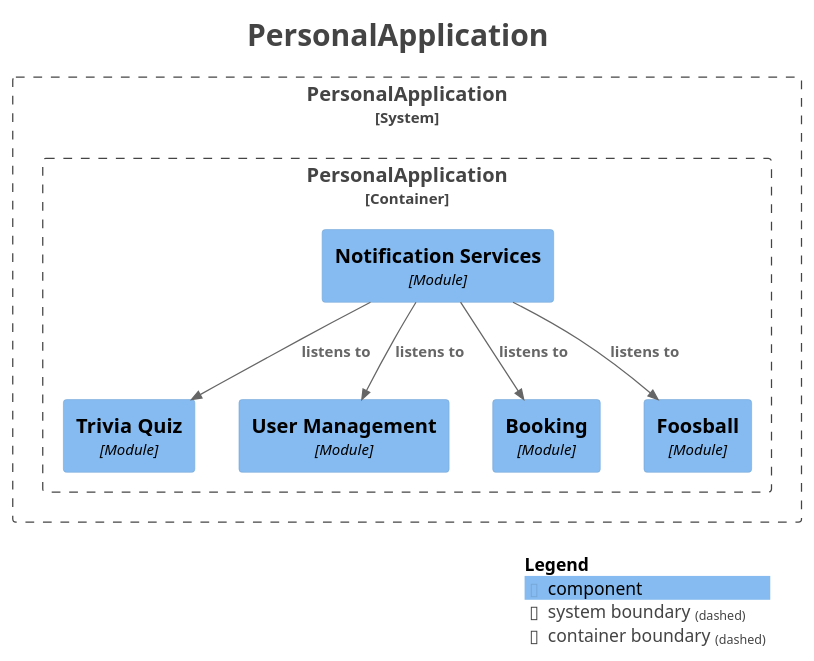
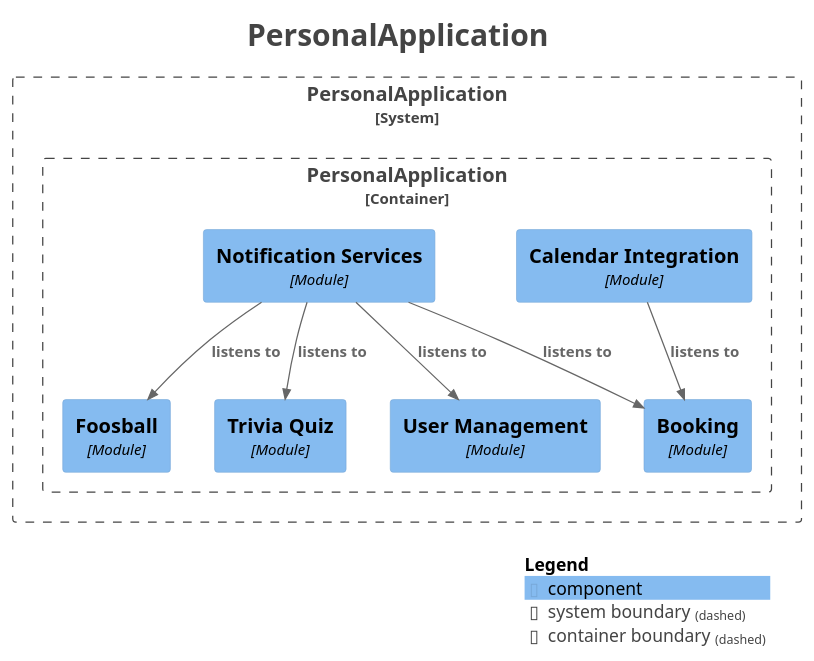
One commit to SnapPetal/PersonalWeb changed the diagram in docs/modulith/components.puml. Above: the diagram before and after it, drawn with PlantUML. The commit also changed 31 other files, not shown here.

First line of the commit message:
feat: add SES email notifications, Nextcloud CalDAV calendar integration, and calendar sync

```diff
--- a/docs/modulith/components.puml
+++ b/docs/modulith/components.puml
@@ -1,36 +1,38 @@
 @startuml
 title <size:24>PersonalApplication</size>
 
 set separator none
 top to bottom direction
 
 <style>
   root {
     BackgroundColor: #ffffff
     FontColor: #444444
   }
 </style>
 
 !include <C4/C4>
 !include <C4/C4_Context>
 !include <C4/C4_Component>
 
 System_Boundary("PersonalApplication_boundary", "PersonalApplication", $tags="") {
   Container_Boundary("PersonalApplication.PersonalApplication_boundary", "PersonalApplication", $tags="") {
     Component(PersonalApplication.PersonalApplication.TriviaQuiz, "Trivia Quiz", $techn="Module", $descr="", $tags="", $link="")
     Component(PersonalApplication.PersonalApplication.UserManagement, "User Management", $techn="Module", $descr="", $tags="", $link="")
+    Component(PersonalApplication.PersonalApplication.CalendarIntegration, "Calendar Integration", $techn="Module", $descr="", $tags="", $link="")
     Component(PersonalApplication.PersonalApplication.NotificationServices, "Notification Services", $techn="Module", $descr="", $tags="", $link="")
     Component(PersonalApplication.PersonalApplication.Booking, "Booking", $techn="Module", $descr="", $tags="", $link="")
     Component(PersonalApplication.PersonalApplication.Foosball, "Foosball", $techn="Module", $descr="", $tags="", $link="")
   }
 
 }
 
-Rel(PersonalApplication.PersonalApplication.NotificationServices, PersonalApplication.PersonalApplication.UserManagement, "listens to", $techn="", $tags="", $link="")
+Rel(PersonalApplication.PersonalApplication.CalendarIntegration, PersonalApplication.PersonalApplication.Booking, "listens to", $techn="", $tags="", $link="")
 Rel(PersonalApplication.PersonalApplication.NotificationServices, PersonalApplication.PersonalApplication.TriviaQuiz, "listens to", $techn="", $tags="", $link="")
 Rel(PersonalApplication.PersonalApplication.NotificationServices, PersonalApplication.PersonalApplication.Foosball, "listens to", $techn="", $tags="", $link="")
+Rel(PersonalApplication.PersonalApplication.NotificationServices, PersonalApplication.PersonalApplication.UserManagement, "listens to", $techn="", $tags="", $link="")
 Rel(PersonalApplication.PersonalApplication.NotificationServices, PersonalApplication.PersonalApplication.Booking, "listens to", $techn="", $tags="", $link="")
 
 SHOW_LEGEND(true)
 hide stereotypes
 @enduml
```
